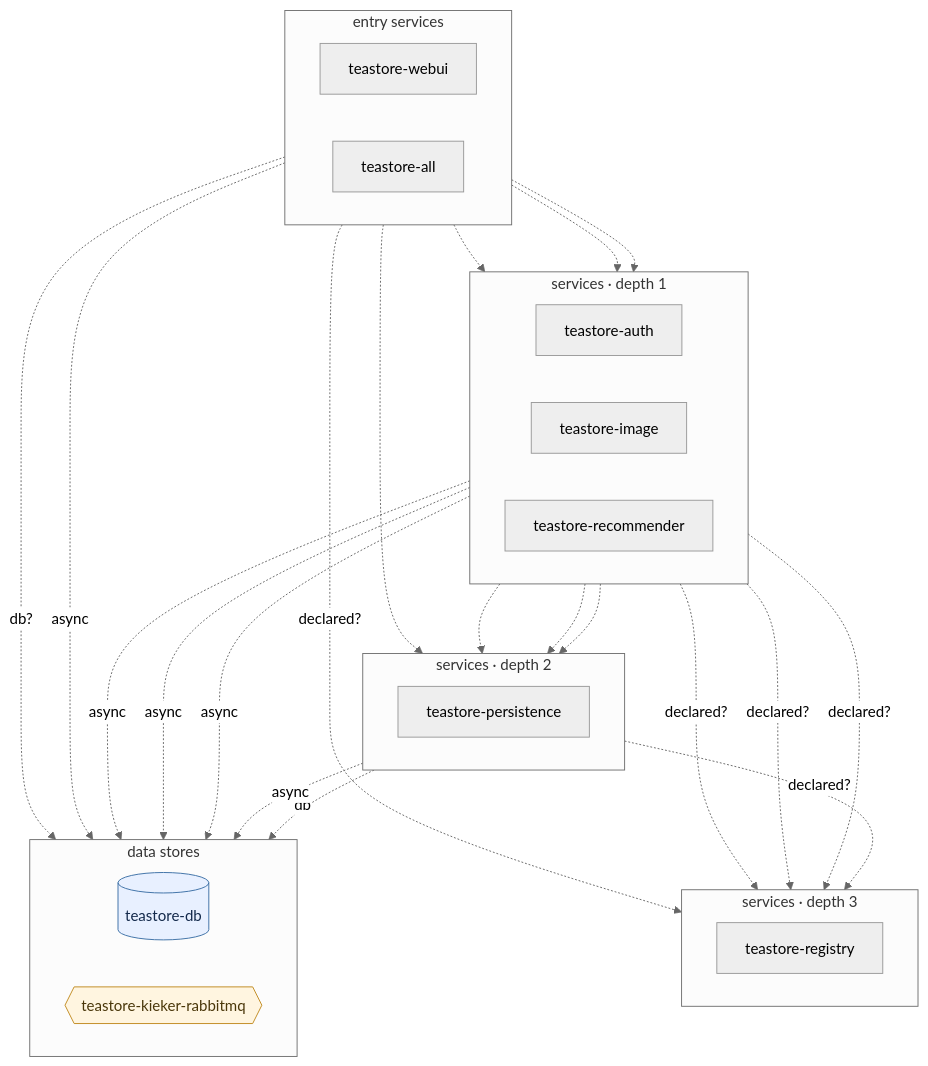
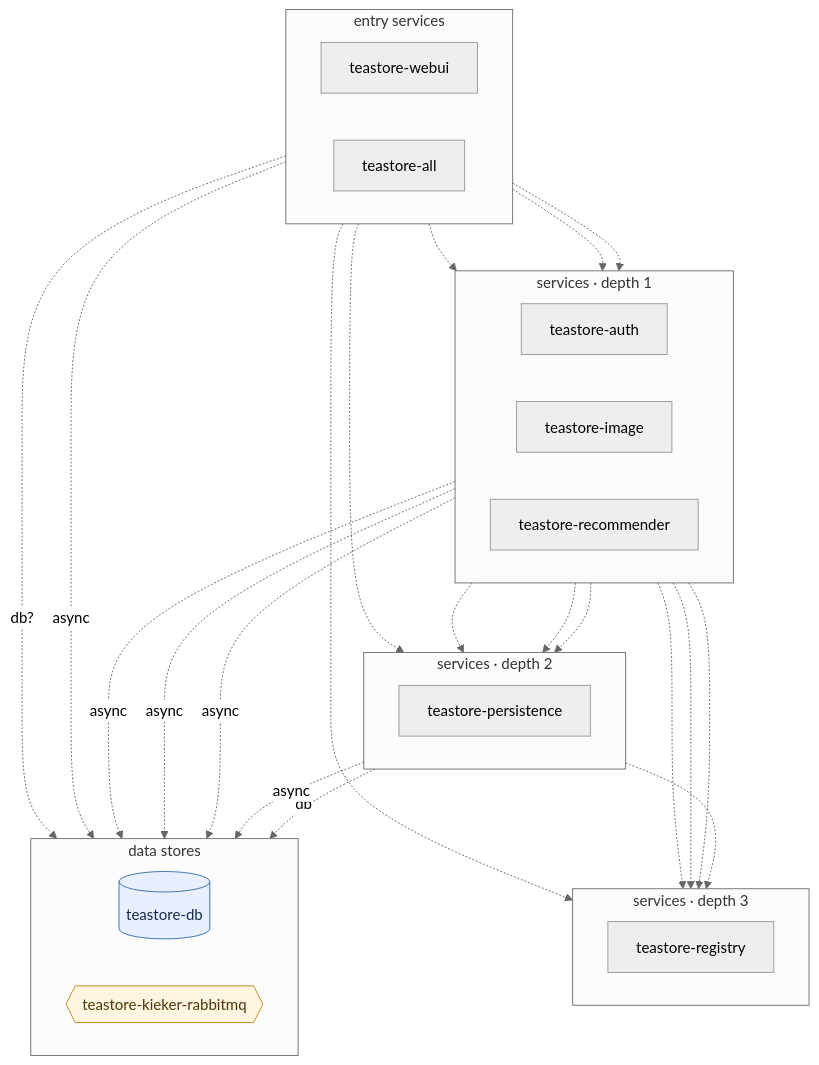
Before and after one commit to ANYuu531/ChatOps4Msa-Pipeline: the diagram in docs/generalization/teastore.mmd, drawn with Mermaid (neutral theme). The commit also changed 181 other files, not shown here.

```diff
--- a/docs/generalization/teastore.mmd
+++ b/docs/generalization/teastore.mmd
@@ -1,49 +1,49 @@
 flowchart TB
 %% DepWeaver — microservice dependency graph
 %% solid arrow = observed at runtime (Istio) · dashed = declared in code/doc only
 %% node shape: [service] ([gateway]) [(db)] {{queue}} [/external/]
   subgraph layer0 ["entry services"]
     direction LR
     teastore_webui["teastore-webui"]
     teastore_all["teastore-all"]
   end
   subgraph layer1 ["services · depth 1"]
     direction LR
     teastore_auth["teastore-auth"]
     teastore_image["teastore-image"]
     teastore_recommender["teastore-recommender"]
   end
   subgraph layer2 ["services · depth 2"]
     direction LR
     teastore_persistence["teastore-persistence"]
   end
   subgraph layer3 ["services · depth 3"]
     direction LR
     teastore_registry["teastore-registry"]
   end
   subgraph layer4 ["data stores"]
     direction LR
     teastore_db[("teastore-db")]:::db
     teastore_kieker_rabbitmq{{"teastore-kieker-rabbitmq"}}:::queue
   end
   teastore_webui -.-> teastore_persistence
   teastore_webui -.-> teastore_recommender
   teastore_webui -.-> teastore_auth
   teastore_webui -.-> teastore_image
   teastore_recommender -.-> teastore_persistence
   teastore_image -.-> teastore_persistence
   teastore_auth -.-> teastore_persistence
-  teastore_persistence -. declared? .-> teastore_registry
+  teastore_webui -.-> teastore_registry
+  teastore_recommender -.-> teastore_registry
+  teastore_persistence -.-> teastore_registry
+  teastore_image -.-> teastore_registry
+  teastore_auth -.-> teastore_registry
   teastore_persistence -. db .-> teastore_db
-  teastore_auth -. declared? .-> teastore_registry
-  teastore_image -. declared? .-> teastore_registry
-  teastore_recommender -. declared? .-> teastore_registry
-  teastore_webui -. declared? .-> teastore_registry
   teastore_persistence -. async .-> teastore_kieker_rabbitmq
   teastore_auth -. async .-> teastore_kieker_rabbitmq
   teastore_image -. async .-> teastore_kieker_rabbitmq
   teastore_recommender -. async .-> teastore_kieker_rabbitmq
   teastore_webui -. async .-> teastore_kieker_rabbitmq
   teastore_all -. db? .-> teastore_db
 classDef db fill:#e8f0ff,stroke:#3a6ea5,color:#13294b;
 classDef queue fill:#fff5e0,stroke:#c08a1e,color:#4a370a;
```
